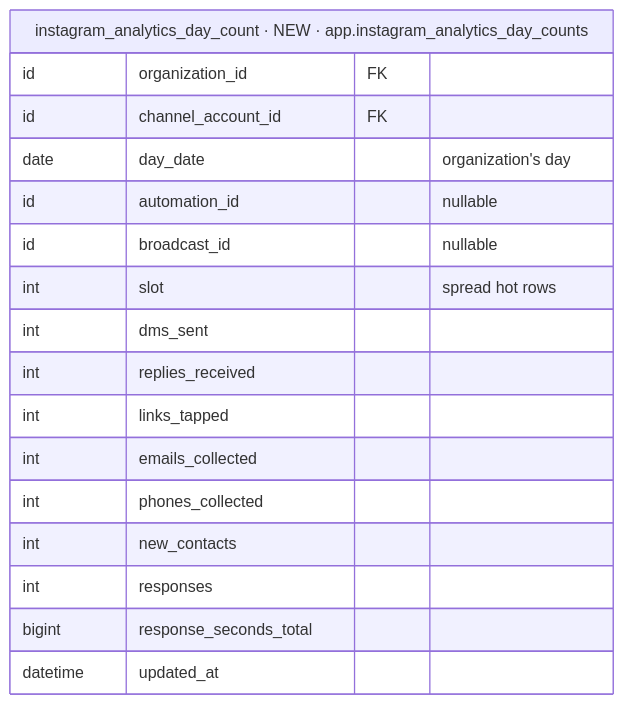
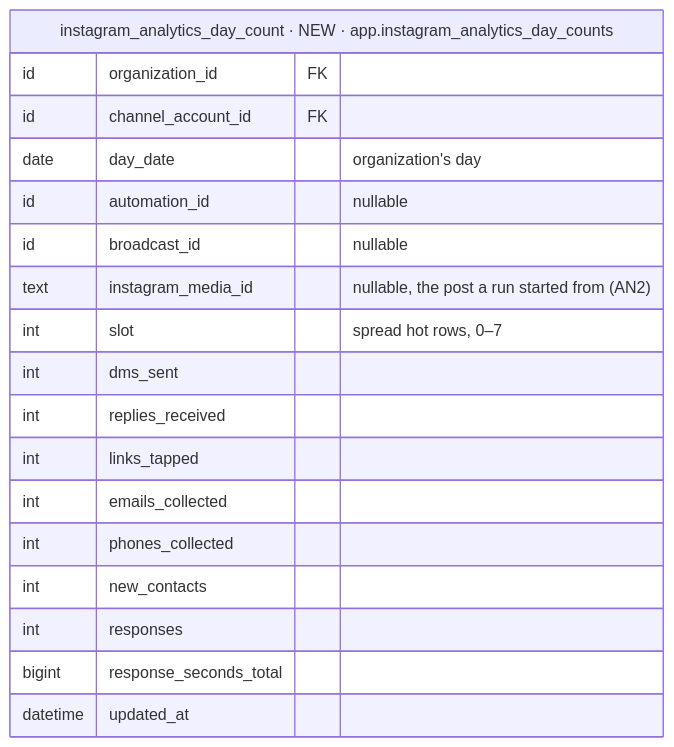
One commit to albetrios/meepzo-be changed the second of 4 diagrams in iterations/feat-instagram-insights-2026-11-26-cwae/plans/db-changes.md. Above: the diagram before and after it, drawn with Mermaid. The commit also changed other lines of this file and 18 other files, not shown here.

````diff
--- a/iterations/feat-instagram-insights-2026-11-26-cwae/plans/db-changes.md
+++ b/iterations/feat-instagram-insights-2026-11-26-cwae/plans/db-changes.md
@@ -44,20 +45,21 @@
 ```mermaid
 erDiagram
   instagram_analytics_day_count["instagram_analytics_day_count · NEW · app.instagram_analytics_day_counts"] {
     id organization_id FK
     id channel_account_id FK
     date day_date "organization's day"
     id automation_id "nullable"
     id broadcast_id "nullable"
-    int slot "spread hot rows"
+    text instagram_media_id "nullable, the post a run started from (AN2)"
+    int slot "spread hot rows, 0–7"
     int dms_sent
     int replies_received
     int links_tapped
     int emails_collected
     int phones_collected
     int new_contacts
     int responses
     bigint response_seconds_total
     datetime updated_at
   }
 ```
````
